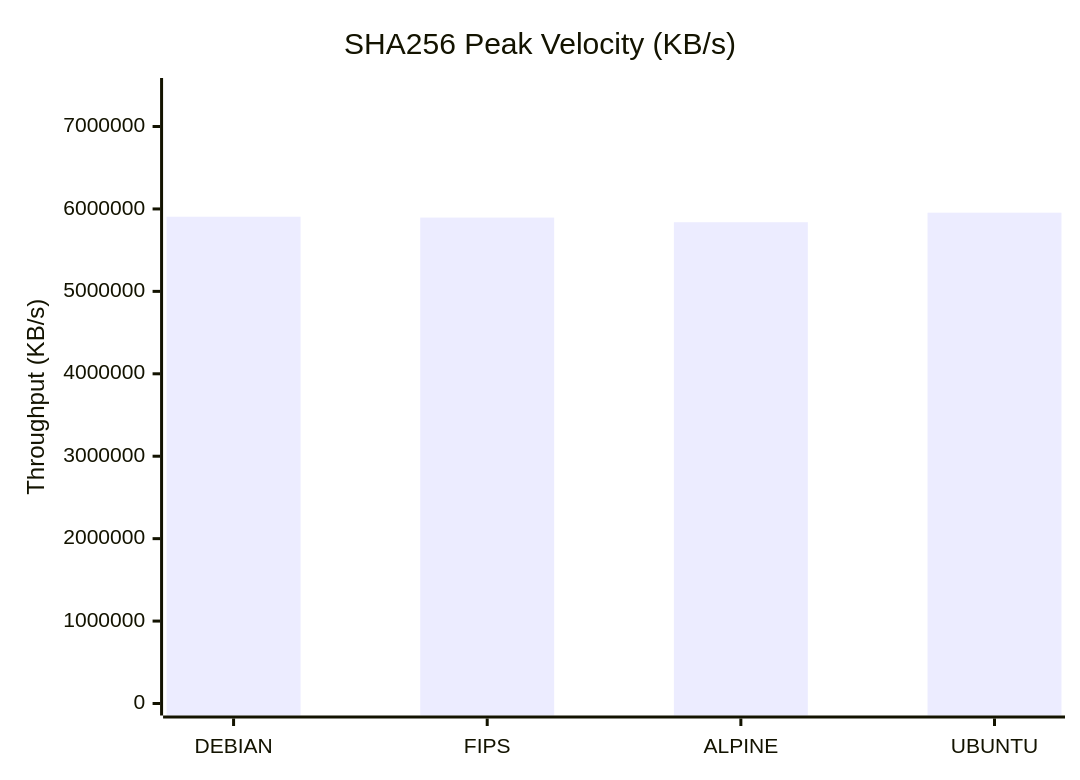
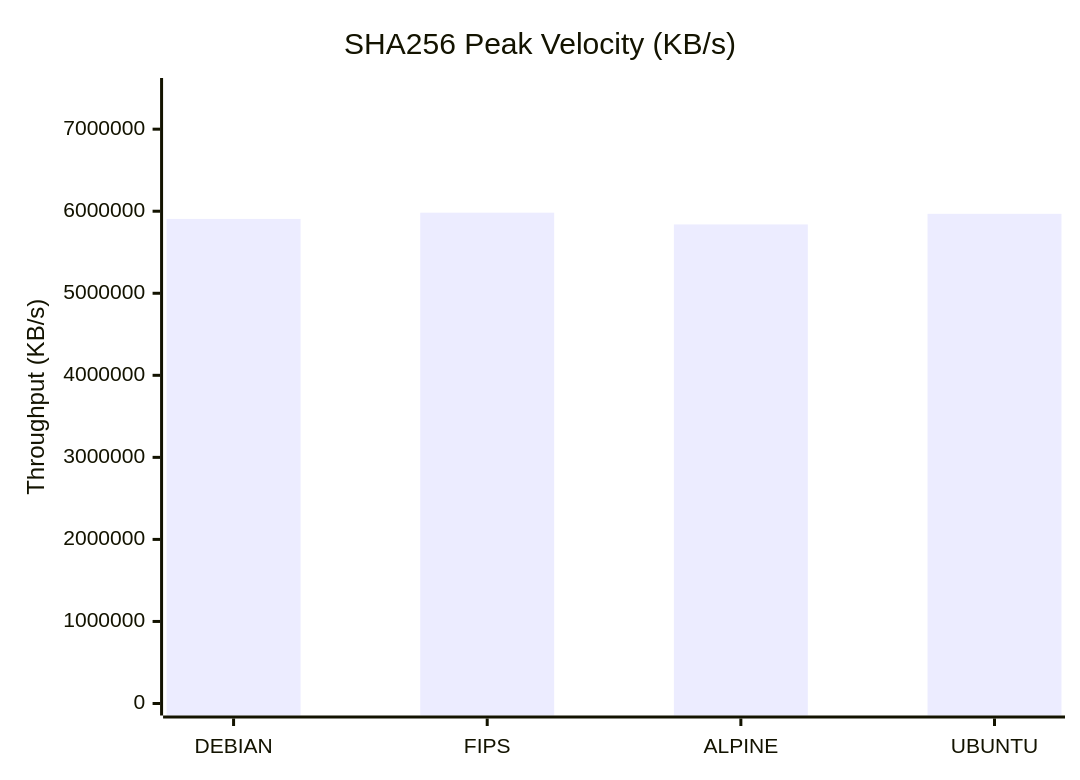
The second of 9 diagrams in docs/Comparison_Report.md (taha2samy/openssl_fips), drawn with Mermaid before and after one commit. The commit also changed other lines of this file and 2 other files, not shown here.

````diff
--- a/docs/Comparison_Report.md
+++ b/docs/Comparison_Report.md
@@ -65,7 +65,7 @@
 ```mermaid
 xychart-beta
     title "SHA256 Peak Velocity (KB/s)"
     x-axis [DEBIAN, FIPS, ALPINE, UBUNTU]
-    y-axis "Throughput (KB/s)" 0 --> 7443064
-    bar [5905694.72, 5895497.32, 5839028.22, 5954451.87]
+    y-axis "Throughput (KB/s)" 0 --> 7477504
+    bar [5906366.46, 5982003.2, 5838766.08, 5968396.29]
 ```
````
